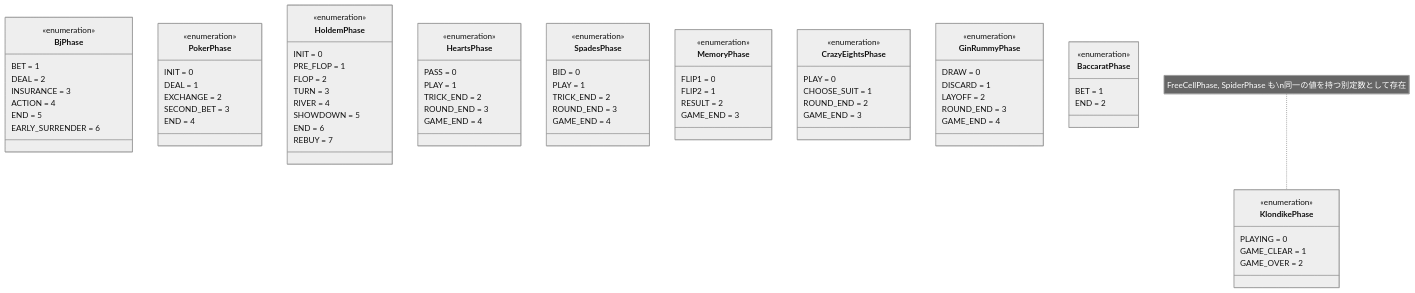
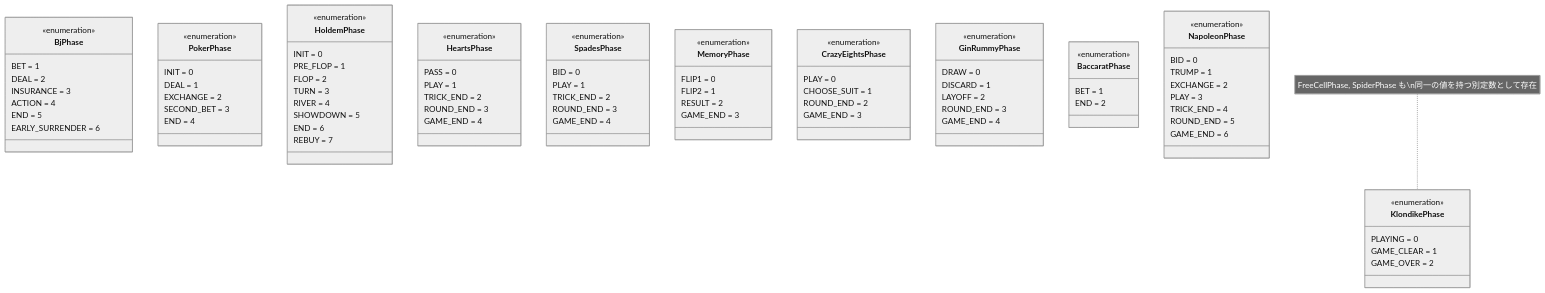
Before and after one commit to yuta-yoshinaga/go_trumpcards: the second of 16 diagrams in docs/design/frontend.md, drawn with Mermaid (neutral theme). The commit also changed other lines of this file and 51 other files, not shown here.

First line of the commit message:
feat: add Napoleon (ナポレオン) card game

````diff
--- a/docs/design/frontend.md
+++ b/docs/design/frontend.md
@@ -180,5 +180,16 @@
         END = 2
     }
 
+    class NapoleonPhase {
+        <<enumeration>>
+        BID = 0
+        TRUMP = 1
+        EXCHANGE = 2
+        PLAY = 3
+        TRICK_END = 4
+        ROUND_END = 5
+        GAME_END = 6
+    }
+
     note for KlondikePhase "FreeCellPhase, SpiderPhase も\n同一の値を持つ別定数として存在"
 ```
````
